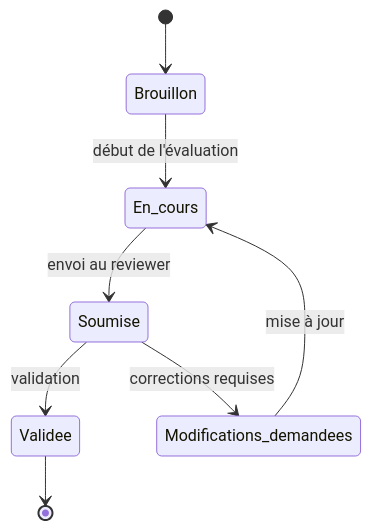
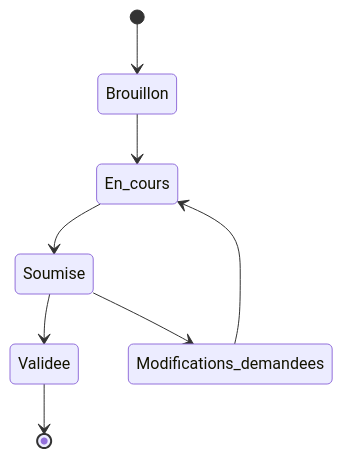
The second of 2 diagrams in README.md (dataphil971/Best_Practices_Colas), drawn with Mermaid before and after one commit. The commit also changed other lines of this file, not shown here.

````diff
--- a/README.md
+++ b/README.md
@@ -165,10 +580,10 @@
 ```mermaid
 stateDiagram-v2
     [*] --> Brouillon
-    Brouillon --> En_cours: début de l'évaluation
-    En_cours --> Soumise: envoi au reviewer
-    Soumise --> Validee: validation
-    Soumise --> Modifications_demandees: corrections requises
-    Modifications_demandees --> En_cours: mise à jour
+    Brouillon --> En_cours
+    En_cours --> Soumise
+    Soumise --> Validee
+    Soumise --> Modifications_demandees
+    Modifications_demandees --> En_cours
     Validee --> [*]
 ```
````
